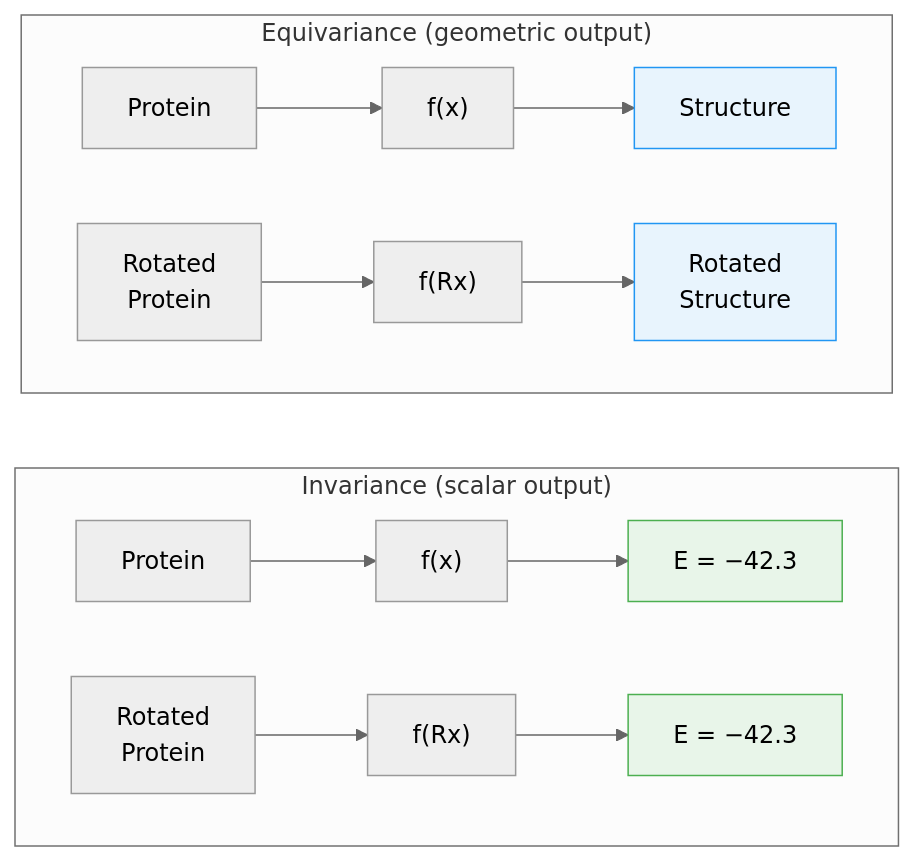
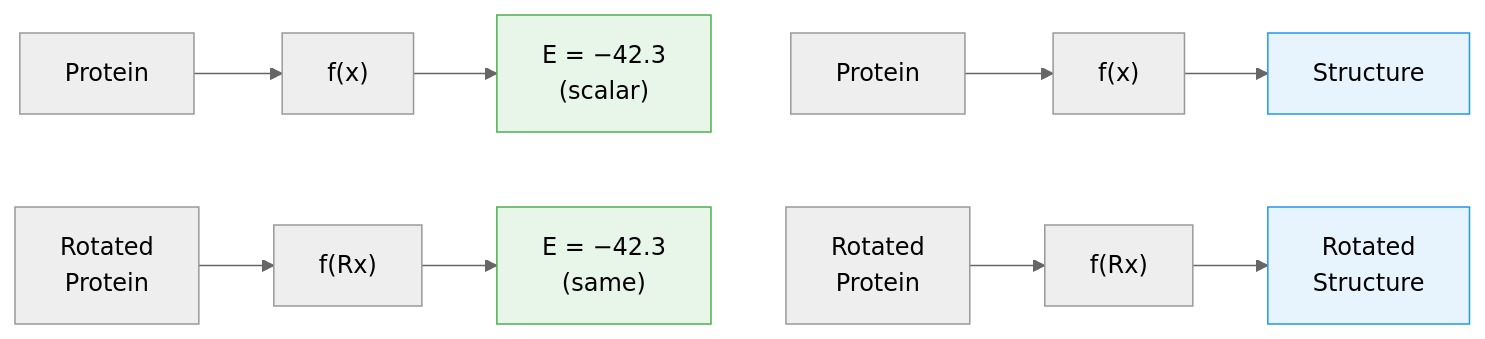
One commit to sungsoo-ahn/sungsoo-ahn.github.io changed the diagram in assets/img/teaching/protein-ai/mermaid/s26-08-rfdiffusion_diagram_0.mmd. Above: the diagram before and after it, drawn with Mermaid (neutral theme). The commit also changed 25 other files, not shown here.

First line of the commit message:
docs: Refine lecture notes 4–9, update diagrams, and add Key Takeaways

```diff
--- a/assets/img/teaching/protein-ai/mermaid/s26-08-rfdiffusion_diagram_0.mmd
+++ b/assets/img/teaching/protein-ai/mermaid/s26-08-rfdiffusion_diagram_0.mmd
@@ -1,17 +1,12 @@
 flowchart LR
-    subgraph Invariant["Invariance (scalar output)"]
-        direction LR
-        P1["Protein"] --> F1["f(x)"] --> S1["E = −42.3"]
-        RP1["Rotated<br/>Protein"] --> RF1["f(Rx)"] --> RS1["E = −42.3"]
-    end
-
-    subgraph Equivariant["Equivariance (geometric output)"]
-        direction LR
-        P2["Protein"] --> F2["f(x)"] --> S2["Structure"]
-        RP2["Rotated<br/>Protein"] --> RF2["f(Rx)"] --> RS2["Rotated<br/>Structure"]
-    end
+    P1["Protein"] --> F1["f(x)"] --> S1["E = −42.3<br/>(scalar)"]
+    RP1["Rotated<br/>Protein"] --> RF1["f(Rx)"] --> RS1["E = −42.3<br/>(same)"]
+    S1 ~~~ P2
+    RS1 ~~~ RP2
+    P2["Protein"] --> F2["f(x)"] --> S2["Structure"]
+    RP2["Rotated<br/>Protein"] --> RF2["f(Rx)"] --> RS2["Rotated<br/>Structure"]
 
     style S1 fill:#e8f5e9,stroke:#4CAF50
     style RS1 fill:#e8f5e9,stroke:#4CAF50
     style S2 fill:#e8f4fd,stroke:#2196F3
     style RS2 fill:#e8f4fd,stroke:#2196F3
```
